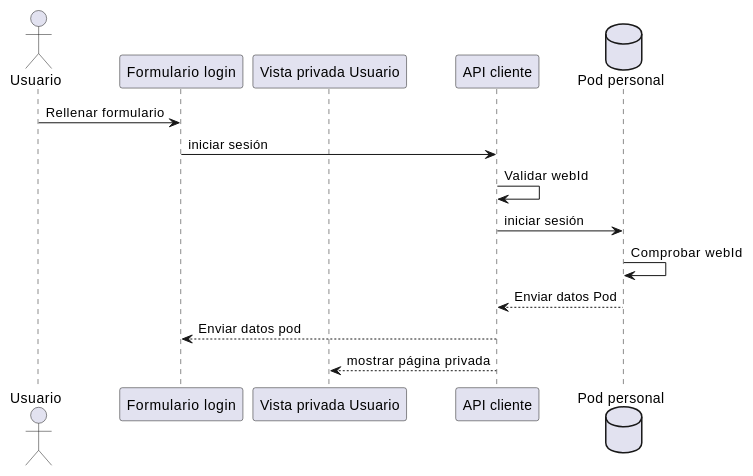
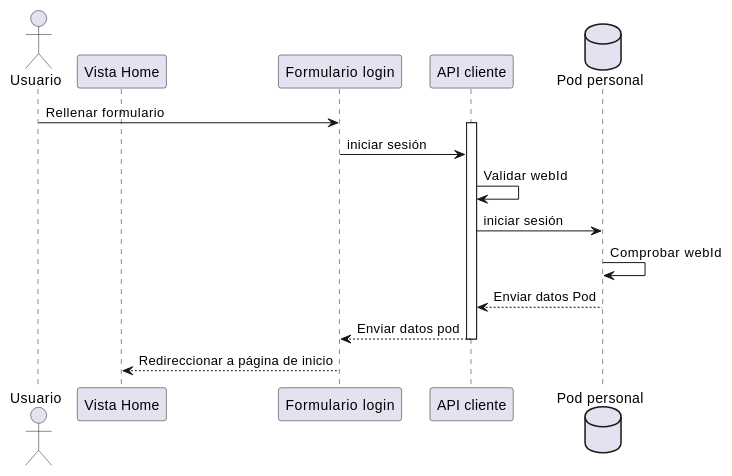
One commit to Arquisoft/lomap_es5a changed the third of 8 diagrams in docs/06_runtime_view.adoc. Above: the diagram before and after it, drawn with PlantUML. The commit also changed other lines of this file and 5 other files, not shown here.

```diff
--- a/docs/06_runtime_view.adoc
+++ b/docs/06_runtime_view.adoc
@@ -62,16 +65,20 @@
 [plantuml,"runtime-6-2-1",svg]
 ----
 actor Usuario
+participant personal as "Vista Home"
 participant form as "Formulario login"
-participant personal as "Vista privada Usuario"
 participant Api as "API cliente"
 database Pod as "Pod personal"
 Usuario -> form: Rellenar formulario
+
+activate Api
 form -> Api: iniciar sesión
 Api -> Api: Validar webId
 Api -> Pod: iniciar sesión
 Pod -> Pod: Comprobar webId
 Pod --> Api: Enviar datos Pod
 Api --> form: Enviar datos pod
-Api --> personal: mostrar página privada
+deactivate Api
+
+form --> personal: Redireccionar a página de inicio
 ----
```
